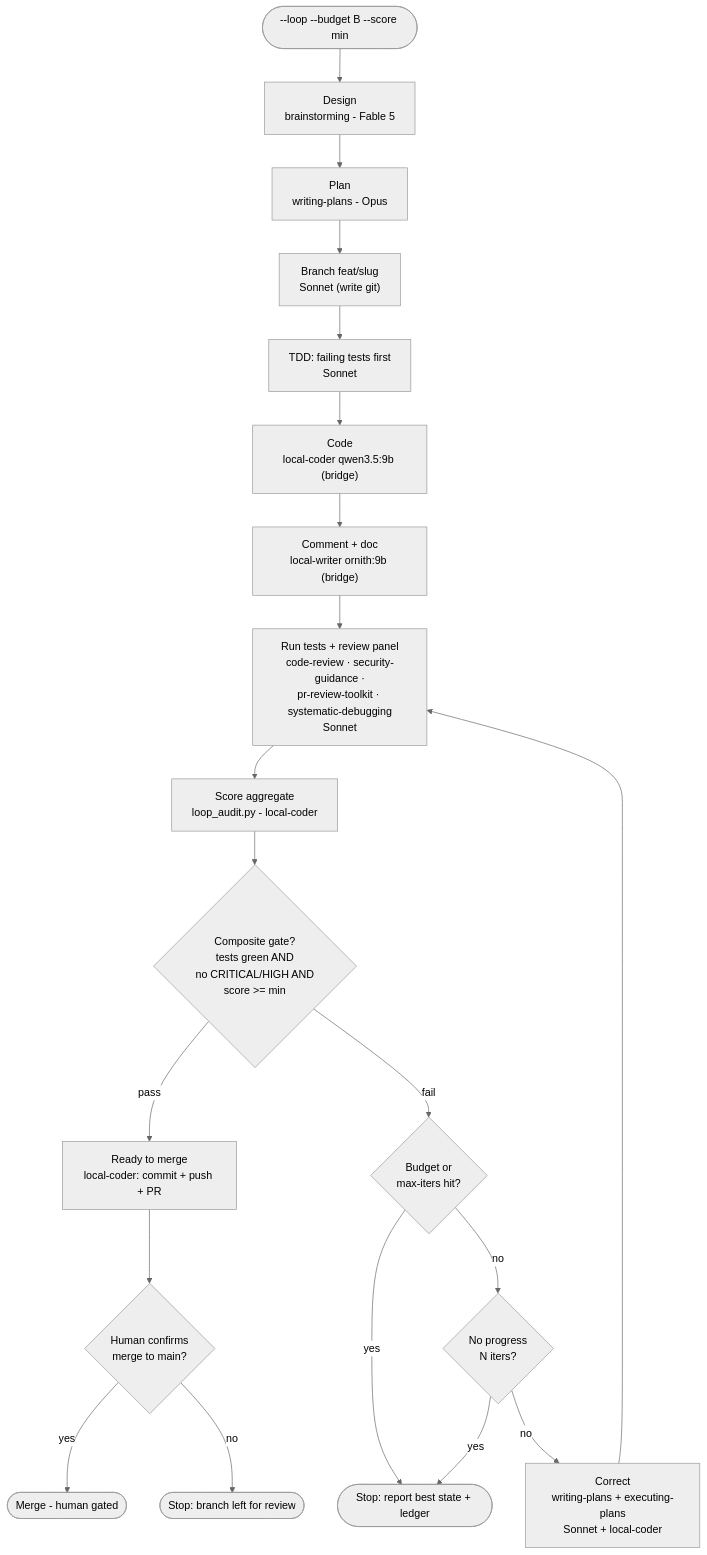
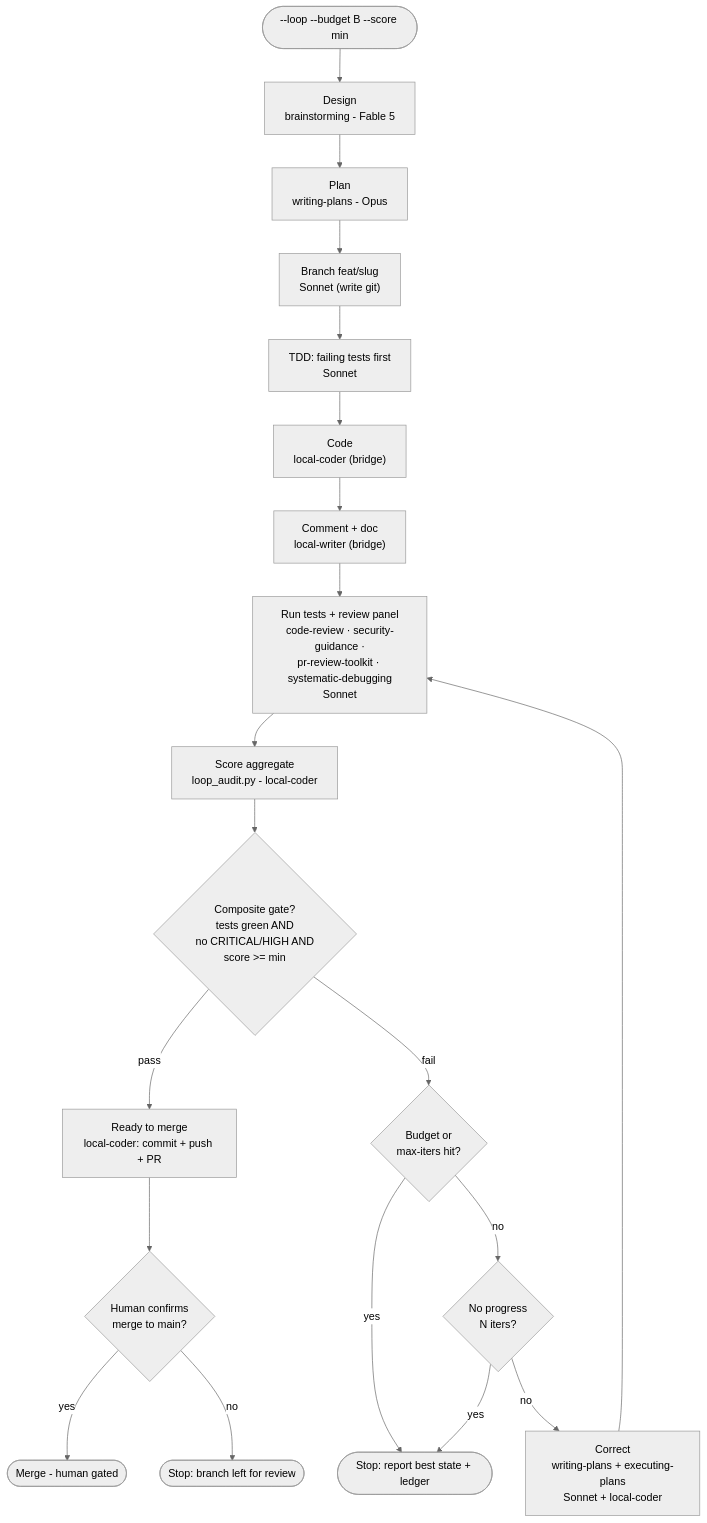
One commit to LARi-UQAC/ResearchTools changed the fifth of 7 diagrams in Architecture.md. Above: the diagram before and after it, drawn with Mermaid (neutral theme). The commit also changed other lines of this file and 32 other files, not shown here.

````diff
--- a/Architecture.md
+++ b/Architecture.md
@@ -345,22 +354,22 @@
 ```mermaid
 flowchart TD
   S([--loop --budget B --score min]) --> A["Design<br/>brainstorming - Fable 5"]
   A --> P["Plan<br/>writing-plans - Opus"]
   P --> BR["Branch feat/slug<br/>Sonnet (write git)"]
   BR --> T["TDD: failing tests first<br/>Sonnet"]
-  T --> C["Code<br/>local-coder qwen3.5:9b (bridge)"]
-  C --> D["Comment + doc<br/>local-writer ornith:9b (bridge)"]
+  T --> C["Code<br/>local-coder (bridge)"]
+  C --> D["Comment + doc<br/>local-writer (bridge)"]
   D --> RUN["Run tests + review panel<br/>code-review · security-guidance ·<br/>pr-review-toolkit · systematic-debugging<br/>Sonnet"]
   RUN --> SC["Score aggregate<br/>loop_audit.py - local-coder"]
   SC --> G{"Composite gate?<br/>tests green AND<br/>no CRITICAL/HIGH AND<br/>score >= min"}
   G -->|"pass"| RM["Ready to merge<br/>local-coder: commit + push + PR"]
   RM --> HM{"Human confirms<br/>merge to main?"}
   HM -->|"yes"| MRG([Merge - human gated])
   HM -->|"no"| STOP([Stop: branch left for review])
   G -->|"fail"| B1{"Budget or<br/>max-iters hit?"}
   B1 -->|"yes"| STOP2([Stop: report best state + ledger])
   B1 -->|"no"| B2{"No progress<br/>N iters?"}
   B2 -->|"yes"| STOP2
   B2 -->|"no"| COR["Correct<br/>writing-plans + executing-plans<br/>Sonnet + local-coder"]
   COR --> RUN
 ```
````
